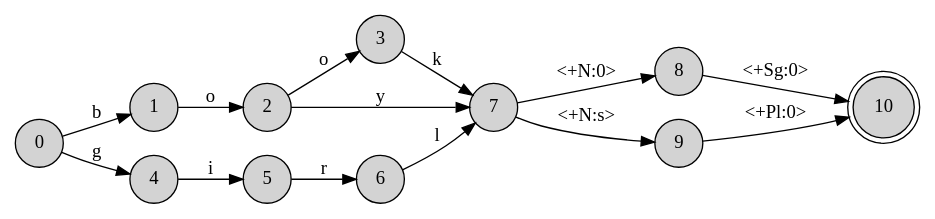
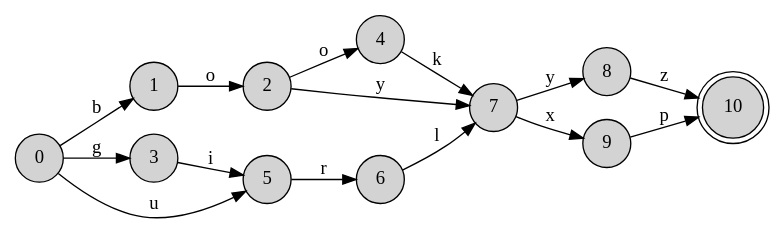
The diagram in test.dot (pavansai0/java_graph_manipulation), drawn with Graphviz before and after one commit. The commit also changed 10 other files, not shown here.

```diff
--- a/test.dot
+++ b/test.dot
@@ -1,27 +1,28 @@
 digraph A {
 rankdir = LR;
 node [shape=circle,style=filled] 0
 node [shape=circle,style=filled] 1
 node [shape=circle,style=filled] 2
 node [shape=circle,style=filled] 3
 node [shape=circle,style=filled] 4
 node [shape=circle,style=filled] 5
 node [shape=circle,style=filled] 6
 node [shape=circle,style=filled] 7
 node [shape=circle,style=filled] 8
 node [shape=circle,style=filled] 9
 node [shape=doublecircle,style=filled] 10
-0 -> 4 [label="g "];
+0 -> 3 [label="g "];
 0 -> 1 [label="b "];
+0 -> 5 [label="u "];
 1 -> 2 [label="o "];
 2 -> 7 [label="y "];
-2 -> 3 [label="o "];
-3 -> 7 [label="k "];
-4 -> 5 [label="i "];
+2 -> 4 [label="o "];
+4 -> 7 [label="k "];
+3 -> 5 [label="i "];
 5 -> 6 [label="r "];
 6 -> 7 [label="l "];
-7 -> 9 [label="<+N:s> "];
-7 -> 8 [label="<+N:0> "];
-8 -> 10 [label="<+Sg:0> "];
-9 -> 10 [label="<+Pl:0> "];
+7 -> 9 [label="x "];
+7 -> 8 [label="y "];
+8 -> 10 [label="z "];
+9 -> 10 [label="p "];
 }
```
